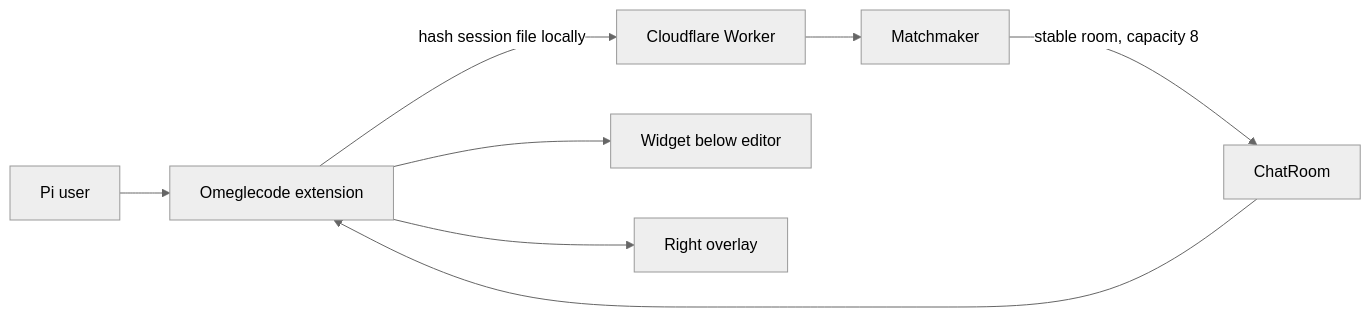
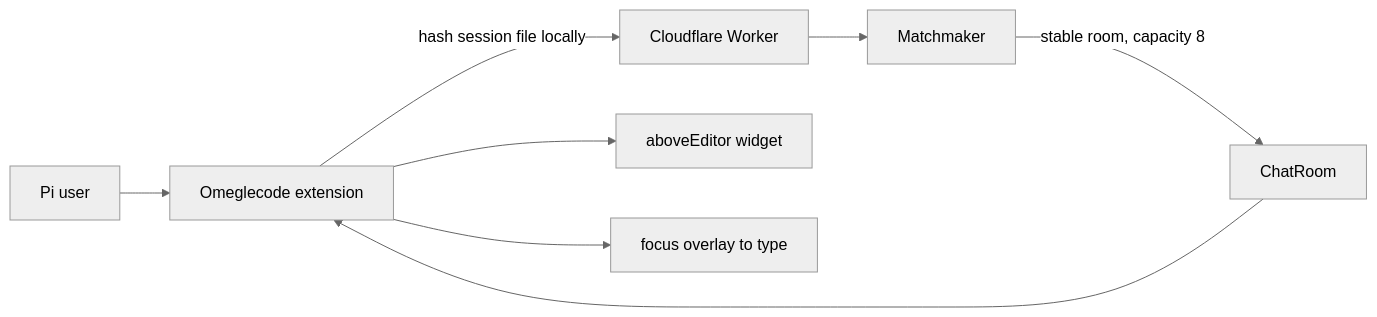
The first of 2 diagrams in specs/pi-omeglecode.md (tanishqkancharla/omeglecode), drawn with Mermaid (neutral theme) before and after one commit. The commit also changed other lines of this file and 2 other files, not shown here.

First line of the commit message:
Put the Pi hallway above the prompt, like pi-live-terminal

````diff
--- a/specs/pi-omeglecode.md
+++ b/specs/pi-omeglecode.md
@@ -9,10 +11,10 @@
 ```mermaid
 flowchart LR
     U[Pi user] --> E[Omeglecode extension]
     E -->|hash session file locally| W[Cloudflare Worker]
     W --> M[Matchmaker]
     M -->|stable room, capacity 8| R[ChatRoom]
     R --> E
-    E --> V[Widget below editor]
-    E --> O[Right overlay]
+    E --> V["aboveEditor widget"]
+    E --> F["focus overlay to type"]
 ```
````
